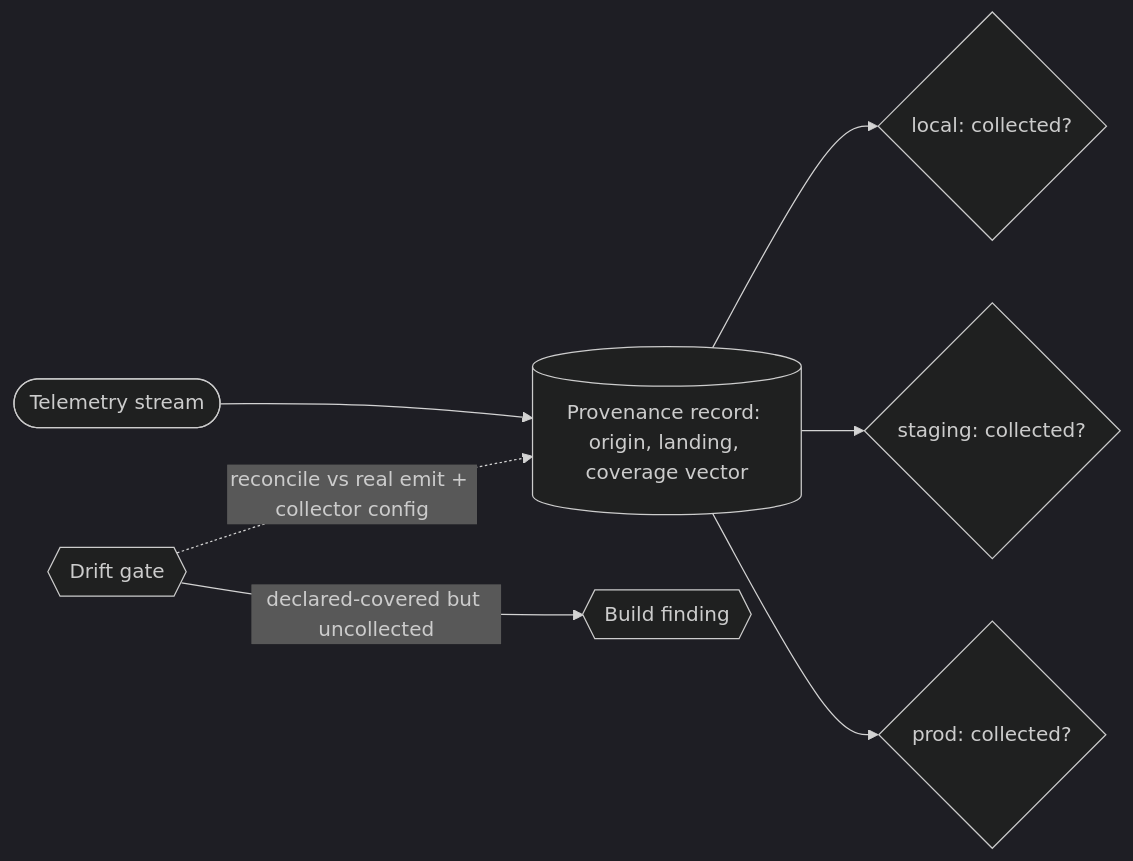
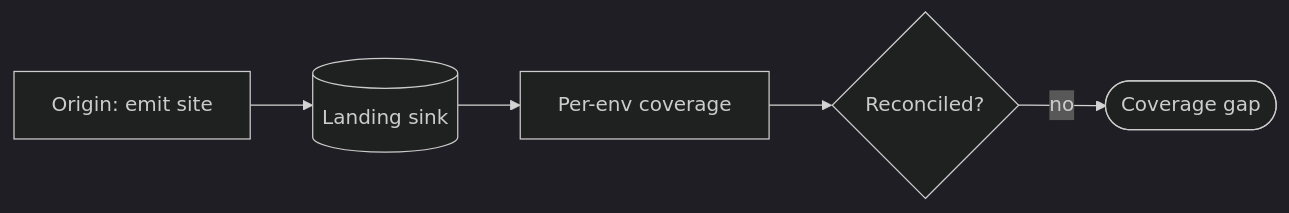
Before and after one commit to davisjam/agent-governance-mechanisms: the diagram in book/appendix-fills/models-bridge/telemetry-collection-provenance.md, drawn with Mermaid (dark theme). The commit also changed other lines of this file and 25 other files, not shown here.

Commit message:
feat(appxC): bespoke diagrams replacing shared glyphs (batches F+G)

````diff
--- a/book/appendix-fills/models-bridge/telemetry-collection-provenance.md
+++ b/book/appendix-fills/models-bridge/telemetry-collection-provenance.md
@@ -39,9 +39,7 @@
 ```mermaid
 flowchart LR
-  Stream([Telemetry stream]) --> Rec[(Provenance record: origin, landing, coverage vector)]
-  Rec --> Local{local: collected?}
-  Rec --> Stg{staging: collected?}
-  Rec --> Prod{prod: collected?}
-  Recon{{Drift gate}} -.->|reconcile vs real emit + collector config| Rec
-  Recon -->|declared-covered but uncollected| Gap{{Build finding}}
+  O[Origin: emit site] --> S[(Landing sink)]
+  S --> CV[Per-env coverage]
+  CV --> RG{Reconciled?}
+  RG -->|no| F([Coverage gap])
 ```
````
